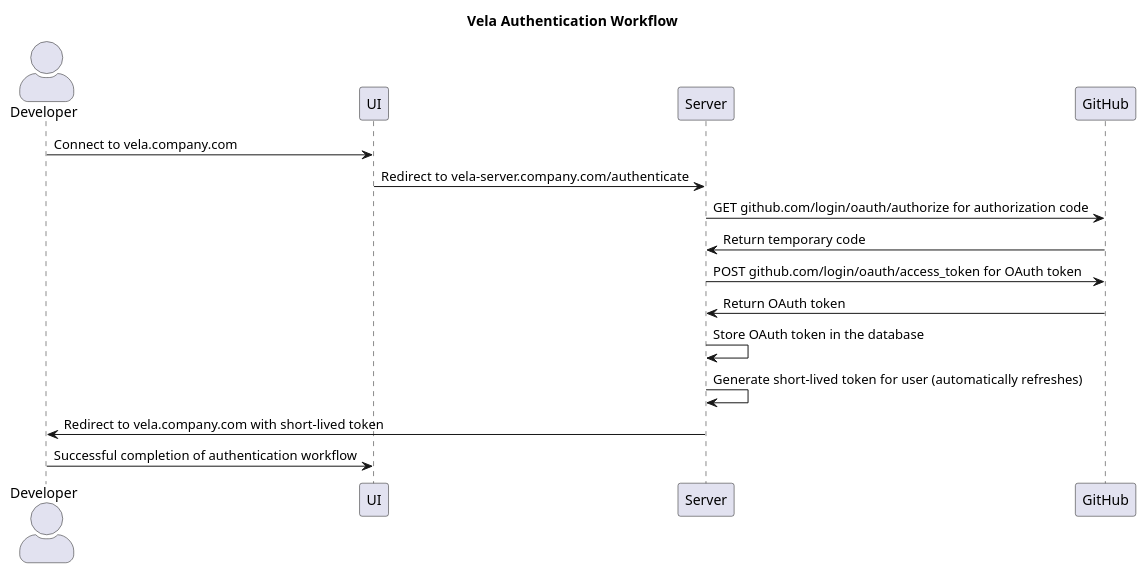
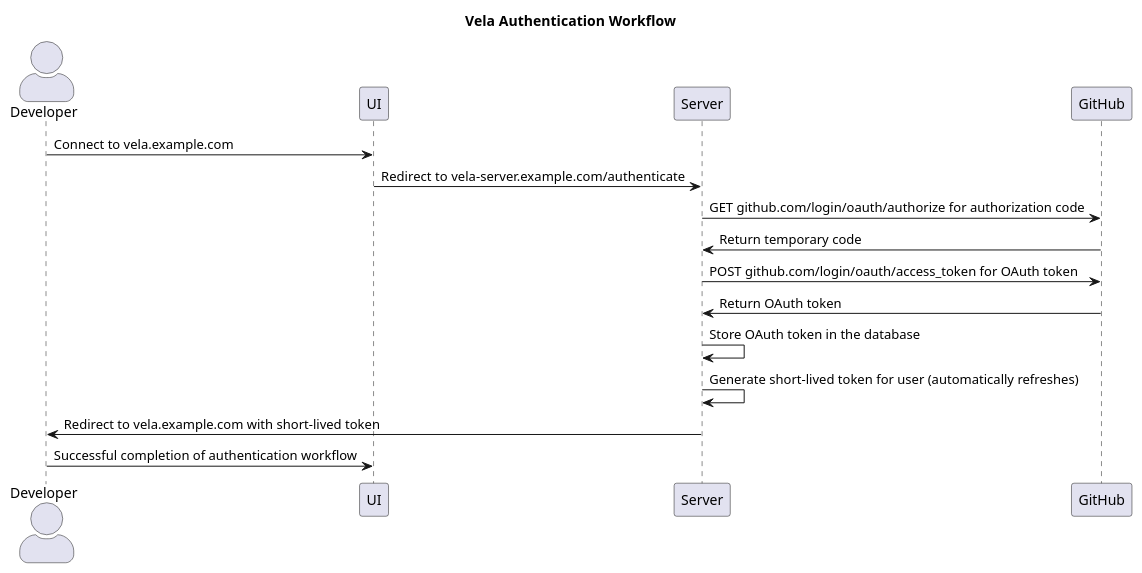
One commit to jbrockopp/docs changed the diagram in content/administration/server/reference/authentication_workflow.puml. Above: the diagram before and after it, drawn with PlantUML. The commit also changed 16 other files, not shown here.

Commit message:
chore: update company.com -> example.com per feedback

```diff
--- a/content/administration/server/reference/authentication_workflow.puml
+++ b/content/administration/server/reference/authentication_workflow.puml
@@ -1,23 +1,23 @@
 @startuml
 
 title Vela Authentication Workflow
 
 skinparam actorStyle awesome
 actor "Developer" as Developer
 
 participant "UI" as UI
 participant "Server" as Server
 participant "GitHub" as Github
 
-Developer -> UI : Connect to vela.company.com
-UI -> Server : Redirect to vela-server.company.com/authenticate
+Developer -> UI : Connect to vela.example.com
+UI -> Server : Redirect to vela-server.example.com/authenticate
 Server -> Github : GET github.com/login/oauth/authorize for authorization code
 Github -> Server : Return temporary code
 Server -> Github : POST github.com/login/oauth/access_token for OAuth token
 Github -> Server : Return OAuth token
 Server -> Server : Store OAuth token in the database
 Server -> Server : Generate short-lived token for user (automatically refreshes)
-Server -> Developer : Redirect to vela.company.com with short-lived token
+Server -> Developer : Redirect to vela.example.com with short-lived token
 Developer -> UI : Successful completion of authentication workflow
 
 @enduml
```
